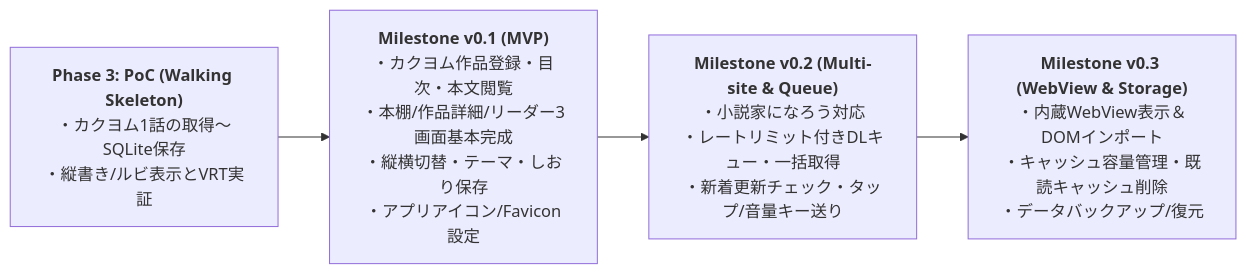
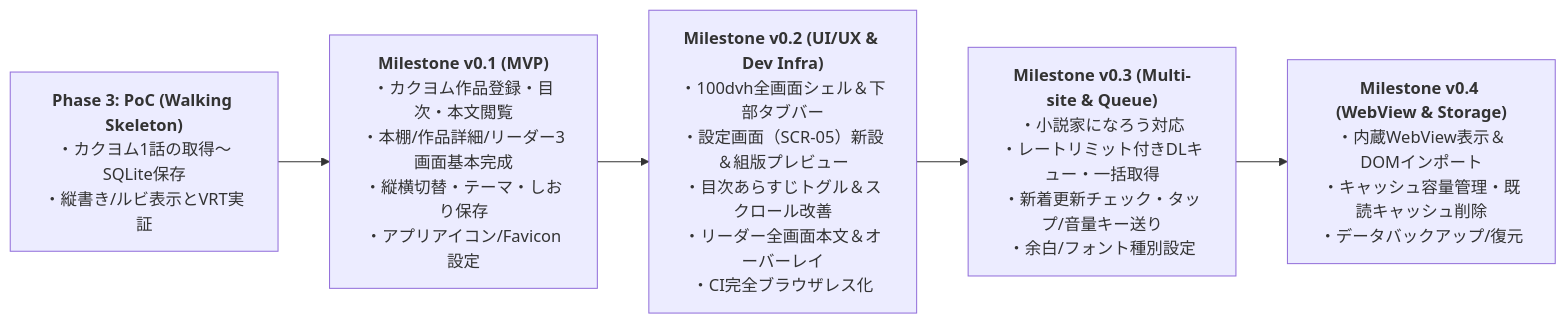
One commit to high-soar/Yommy changed the diagram in docs/specs/requirements.md. Above: the diagram before and after it, drawn with Mermaid. The commit also changed other lines of this file and 9 other files, not shown here.

Commit message:
docs(specs): 100dvh全画面シェル・下部タブ・設定画面（SCR-05）・OSバックキー階層遷移の差分仕様策定および全体正本更新（Refs #50）

````diff
--- a/docs/specs/requirements.md
+++ b/docs/specs/requirements.md
@@ -98,9 +114,10 @@
 ```mermaid
 flowchart LR
     PoC["<b>Phase 3: PoC (Walking Skeleton)</b><br>・カクヨム1話の取得〜SQLite保存<br>・縦書き/ルビ表示とVRT実証"]
     M1["<b>Milestone v0.1 (MVP)</b><br>・カクヨム作品登録・目次・本文閲覧<br>・本棚/作品詳細/リーダー3画面基本完成<br>・縦横切替・テーマ・しおり保存<br>・アプリアイコン/Favicon設定"]
-    M2["<b>Milestone v0.2 (Multi-site & Queue)</b><br>・小説家になろう対応<br>・レートリミット付きDLキュー・一括取得<br>・新着更新チェック・タップ/音量キー送り"]
-    M3["<b>Milestone v0.3 (WebView & Storage)</b><br>・内蔵WebView表示＆DOMインポート<br>・キャッシュ容量管理・既読キャッシュ削除<br>・データバックアップ/復元"]
+    M2["<b>Milestone v0.2 (UI/UX & Dev Infra)</b><br>・100dvh全画面シェル＆下部タブバー<br>・設定画面（SCR-05）新設＆組版プレビュー<br>・目次あらすじトグル＆スクロール改善<br>・リーダー全画面本文＆オーバーレイ<br>・CI完全ブラウザレス化"]
+    M3["<b>Milestone v0.3 (Multi-site & Queue)</b><br>・小説家になろう対応<br>・レートリミット付きDLキュー・一括取得<br>・新着更新チェック・タップ/音量キー送り<br>・余白/フォント種別設定"]
+    M4["<b>Milestone v0.4 (WebView & Storage)</b><br>・内蔵WebView表示＆DOMインポート<br>・キャッシュ容量管理・既読キャッシュ削除<br>・データバックアップ/復元"]
 
-    PoC --> M1 --> M2 --> M3
+    PoC --> M1 --> M2 --> M3 --> M4
 ```
````
